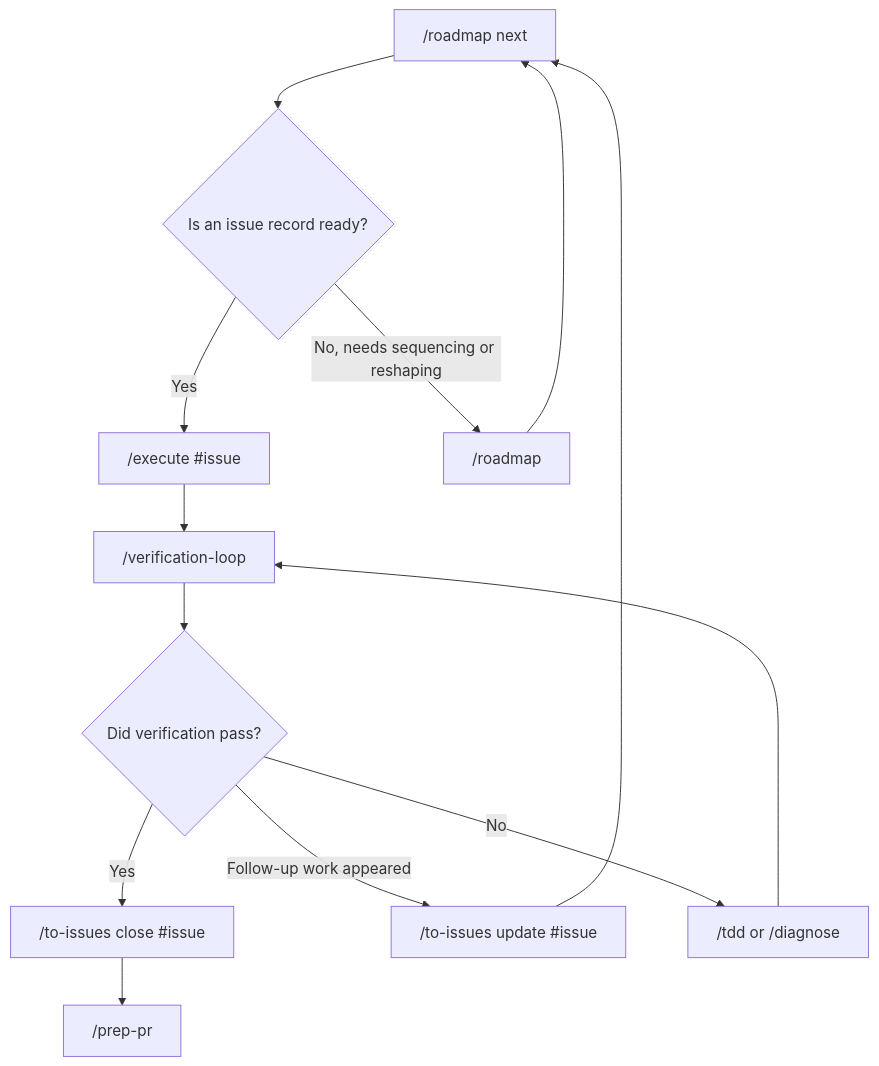
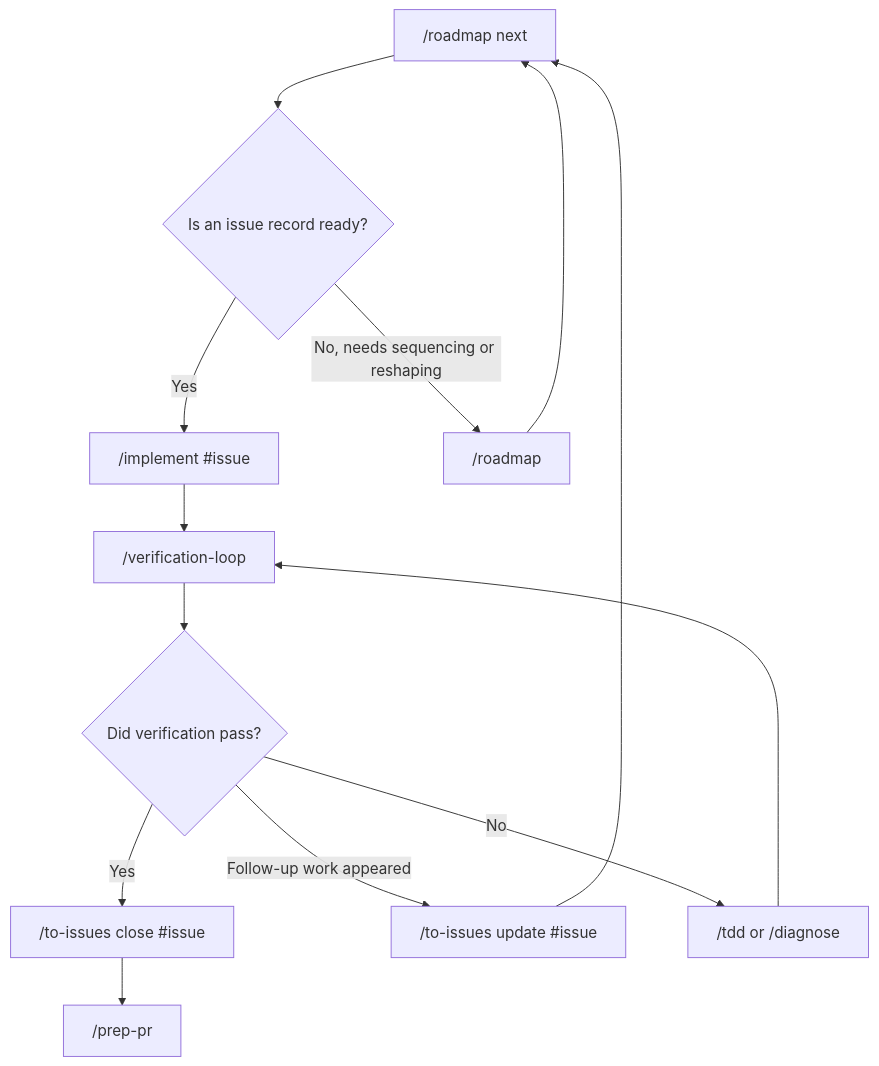
Before and after one commit to chrooks/assistant-setup-toolkit: the fourth of 4 diagrams in docs/project-flow-how-to.md, drawn with Mermaid. The commit also changed other lines of this file and 15 other files, not shown here.

First line of the commit message:
refactor(implement): rename execute skill to implement + DevOS stage

````diff
--- a/docs/project-flow-how-to.md
+++ b/docs/project-flow-how-to.md
@@ -95,15 +95,15 @@
 ```mermaid
 flowchart TD
   daily_start["/roadmap next"] --> issue_ready{Is an issue record ready?}
-  issue_ready -->|Yes| daily_execute["/execute #issue"]
+  issue_ready -->|Yes| daily_execute["/implement #issue"]
   issue_ready -->|No, needs sequencing or reshaping| daily_roadmap["/roadmap"]
   daily_roadmap --> daily_start
   daily_execute --> daily_verify["/verification-loop"]
   daily_verify --> daily_result{Did verification pass?}
   daily_result -->|Yes| daily_close["/to-issues close #issue"]
   daily_result -->|Follow-up work appeared| daily_update["/to-issues update #issue"]
   daily_result -->|No| daily_fix["/tdd or /diagnose"]
   daily_fix --> daily_verify
   daily_update --> daily_start
   daily_close --> daily_prep["/prep-pr"]
 ```
````
